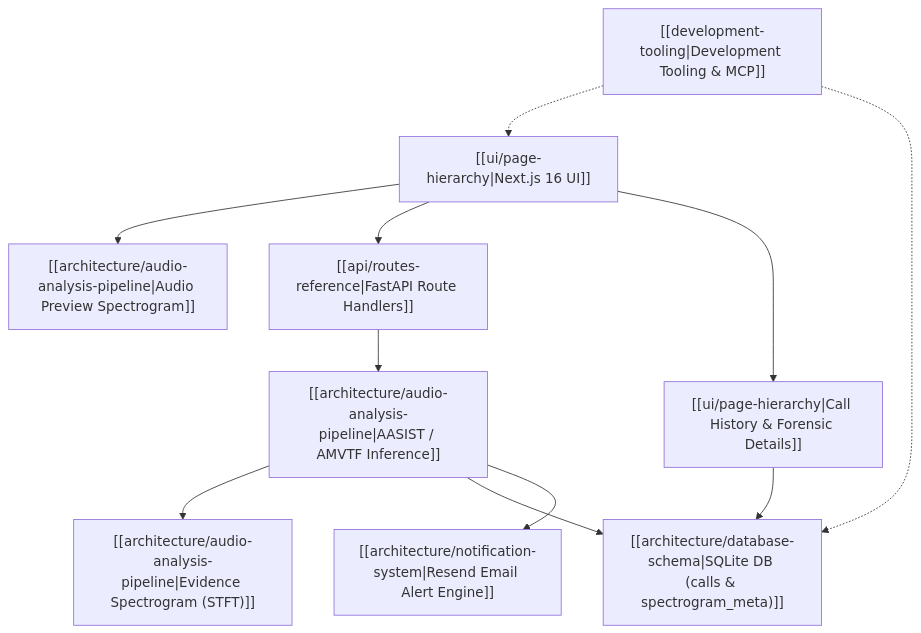
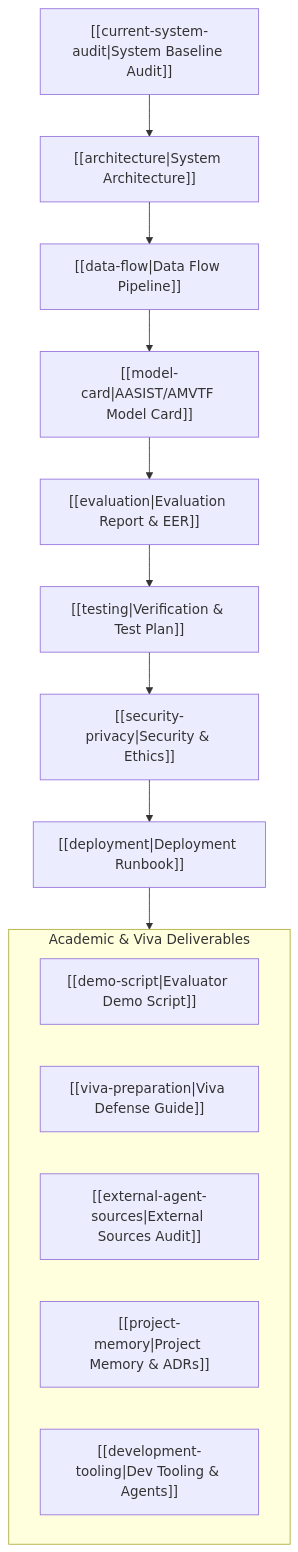
One commit to navadeepgevini/voxguardai changed the diagram in docs/index.md. Above: the diagram before and after it, drawn with Mermaid. The commit also changed other lines of this file and 19 other files, not shown here.

Commit message:
feat(btech-project): finalize complete B.Tech major project deliverables, 10 specialized agents, and academic defense vault

````diff
--- a/docs/index.md
+++ b/docs/index.md
@@ -14,13 +15,20 @@
 ```mermaid
 graph TD
-    ClientUI["[[ui/page-hierarchy|Next.js 16 UI]]"] --> WebAudio["[[architecture/audio-analysis-pipeline|Audio Preview Spectrogram]]"]
-    ClientUI --> APIGw["[[api/routes-reference|FastAPI Route Handlers]]"]
-    APIGw --> MLInference["[[architecture/audio-analysis-pipeline|AASIST / AMVTF Inference]]"]
-    MLInference --> SpectrogramBackend["[[architecture/audio-analysis-pipeline|Evidence Spectrogram (STFT)]]"]
-    MLInference --> DBStore["[[architecture/database-schema|SQLite DB (calls & spectrogram_meta)]]"]
-    MLInference --> Escalation["[[architecture/notification-system|Resend Email Alert Engine]]"]
-    ClientUI --> HistoryPage["[[ui/page-hierarchy|Call History & Forensic Details]]"]
-    HistoryPage --> DBStore
-    DevTools["[[development-tooling|Development Tooling & MCP]]"] -.-> ClientUI
-    DevTools -.-> DBStore
+    Audit["[[current-system-audit|System Baseline Audit]]"] --> Arch["[[architecture|System Architecture]]"]
+    Arch --> DataFlow["[[data-flow|Data Flow Pipeline]]"]
+    DataFlow --> ModelCard["[[model-card|AASIST/AMVTF Model Card]]"]
+    ModelCard --> Eval["[[evaluation|Evaluation Report & EER]]"]
+    Eval --> TestPlan["[[testing|Verification & Test Plan]]"]
+    TestPlan --> Sec["[[security-privacy|Security & Ethics]]"]
+    Sec --> Deploy["[[deployment|Deployment Runbook]]"]
+    
+    subgraph AcademicDefense ["Academic & Viva Deliverables"]
+        Demo["[[demo-script|Evaluator Demo Script]]"]
+        Viva["[[viva-preparation|Viva Defense Guide]]"]
+        Sources["[[external-agent-sources|External Sources Audit]]"]
+        Memory["[[project-memory|Project Memory & ADRs]]"]
+        Tooling["[[development-tooling|Dev Tooling & Agents]]"]
+    end
+    
+    Deploy --> AcademicDefense
 ```
````
